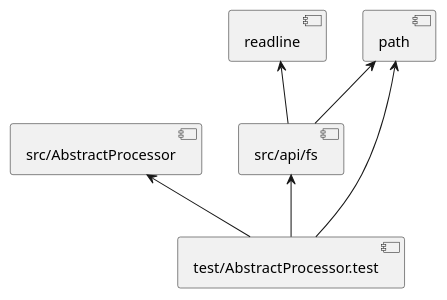
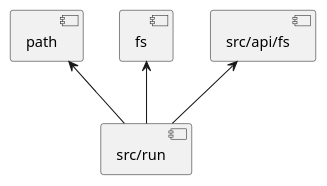
Before and after one commit to ljquan/gen-structure: the third of 3 diagrams in structure.md, drawn with PlantUML. The commit also changed other lines of this file and 3 other files, not shown here.

Commit message:
优化依赖图绘制

````diff
--- a/structure.md
+++ b/structure.md
@@ -33,9 +22,7 @@
 ```plantuml
 @startuml
-[test/AbstractProcessor.test] -up-> [src/api/fs]
-[src/api/fs] -up-> [path]
-[src/api/fs] -up-> [readline]
-[test/AbstractProcessor.test] -up-> [path]
-[test/AbstractProcessor.test] -up-> [src/AbstractProcessor]
+[src/run] -up-> [src/api/fs]
+[src/run] -up-> [fs]
+[src/run] -up-> [path]
 @enduml
 ```
````
